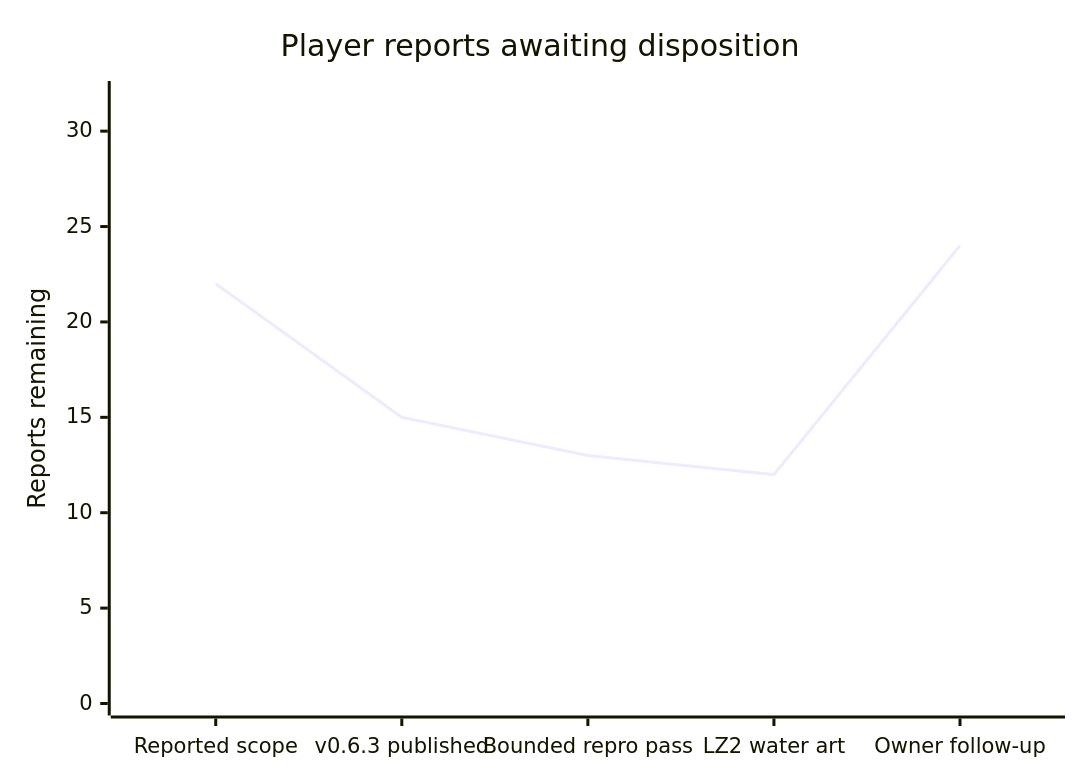
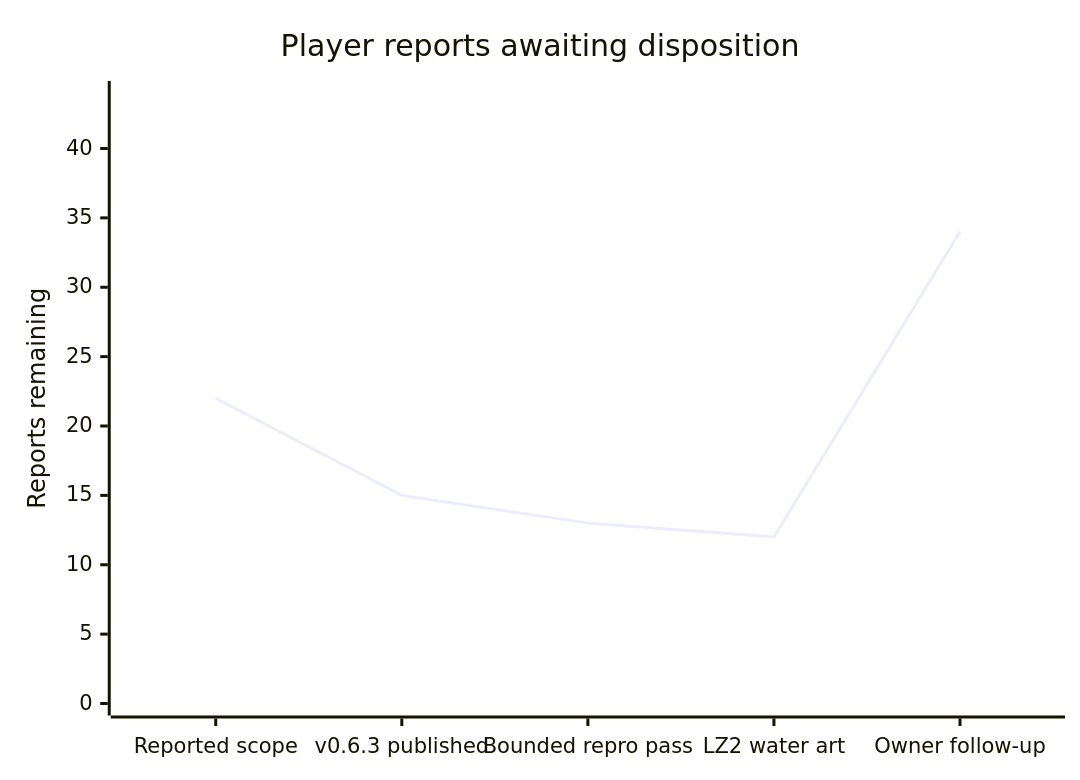
One commit to mstan/Sonic3AndKnucklesRecomp changed the diagram in docs/PLAYER_FEEDBACK_BURNDOWN.md. Above: the diagram before and after it, drawn with Mermaid. The commit also changed other lines of this file, not shown here.

Commit message:
Track remaining widescreen, bonus-stage and CD player feedback

````diff
--- a/docs/PLAYER_FEEDBACK_BURNDOWN.md
+++ b/docs/PLAYER_FEEDBACK_BURNDOWN.md
@@ -9,7 +9,7 @@
 ```mermaid
 xychart-beta
     title "Player reports awaiting disposition"
     x-axis ["Reported scope", "v0.6.3 published", "Bounded repro pass", "LZ2 water art", "Owner follow-up"]
-    y-axis "Reports remaining" 0 --> 32
-    line [22, 15, 13, 12, 24]
+    y-axis "Reports remaining" 0 --> 44
+    line [22, 15, 13, 12, 34]
 ```
````
